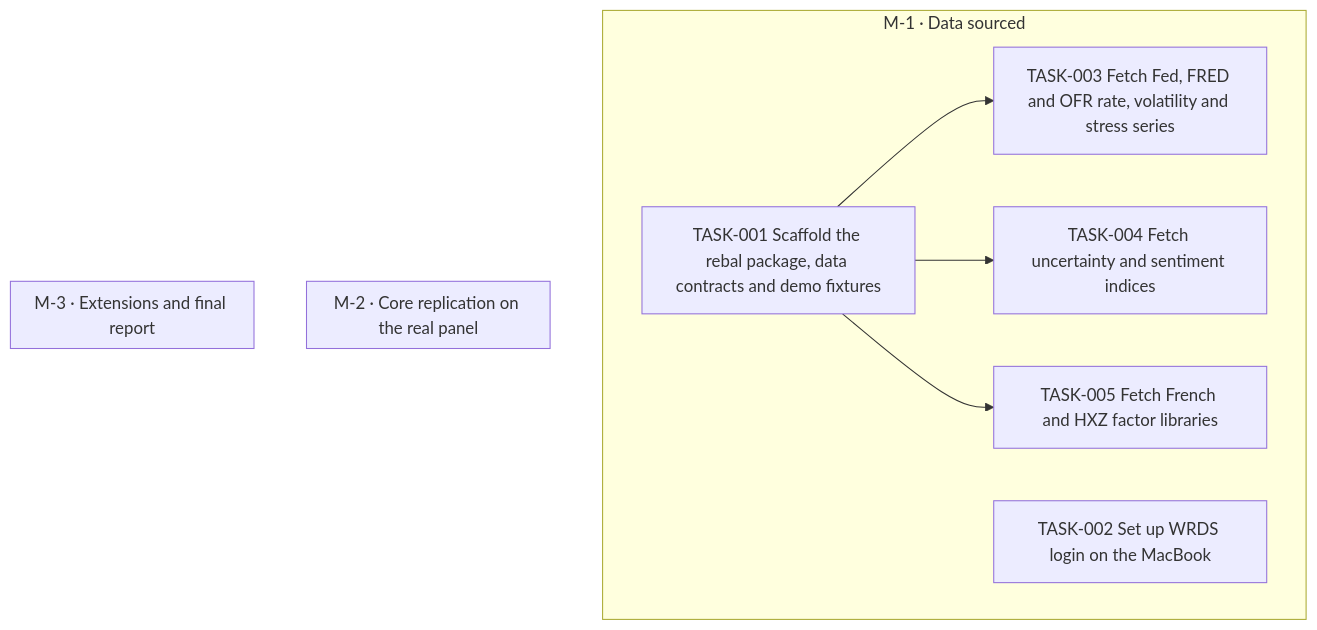
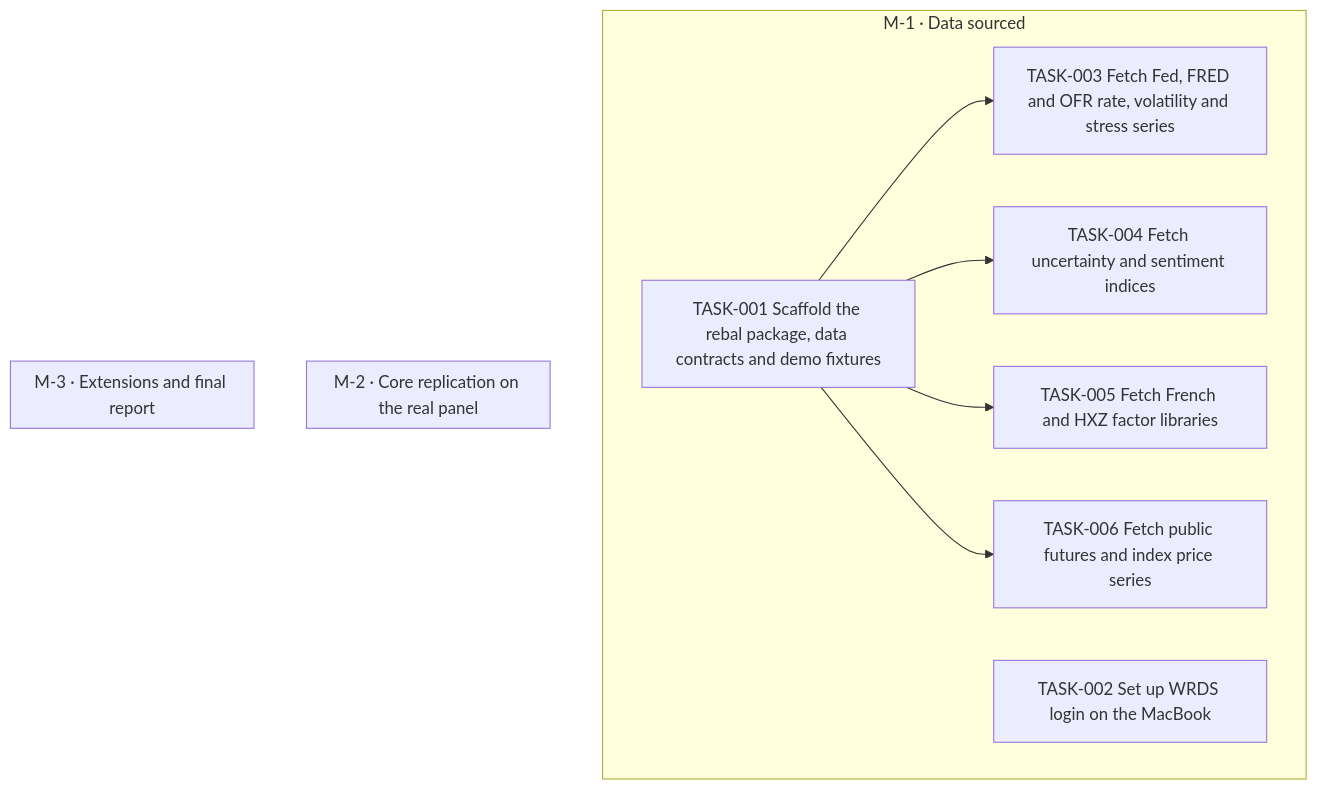
One commit to jesusvillota/replicate changed the diagram in goals/hmm-rebalancing/README.md. Above: the diagram before and after it, drawn with Mermaid. The commit also changed 1 other file, not shown here.

Commit message:
goal(hmm-rebalancing): add TASK-006 Fetch public futures and index price series

````diff
--- a/goals/hmm-rebalancing/README.md
+++ b/goals/hmm-rebalancing/README.md
@@ -126,20 +126,22 @@
 ```mermaid
 flowchart TD
   subgraph M_1["M-1 · Data sourced"]
     TASK_001["TASK-001 Scaffold the rebal package, data contracts and demo fixtures"]
     TASK_002["TASK-002 Set up WRDS login on the MacBook"]
     TASK_003["TASK-003 Fetch Fed, FRED and OFR rate, volatility and stress series"]
     TASK_004["TASK-004 Fetch uncertainty and sentiment indices"]
     TASK_005["TASK-005 Fetch French and HXZ factor libraries"]
+    TASK_006["TASK-006 Fetch public futures and index price series"]
   end
   subgraph M_2["M-2 · Core replication on the real panel"]
   end
   subgraph M_3["M-3 · Extensions and final report"]
   end
   TASK_001 --> TASK_003
   TASK_001 --> TASK_004
   TASK_001 --> TASK_005
+  TASK_001 --> TASK_006
   classDef draft stroke-dasharray: 4 3
   classDef cancelled opacity:0.45
   classDef decision fill:#f3e8ff,stroke:#7c3aed
 ```
````
